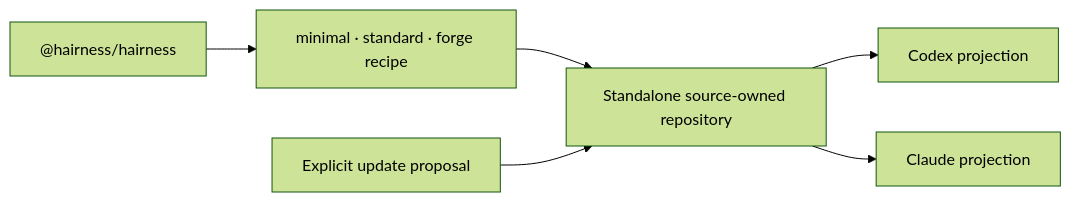
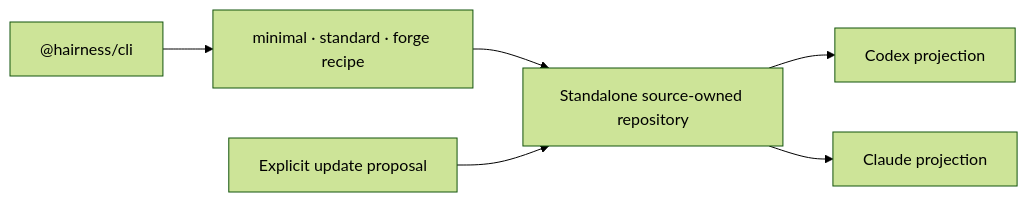
One commit to thevzion/hairness changed the second of 2 diagrams in docs/architecture.md. Above: the diagram before and after it, drawn with Mermaid (forest theme). The commit also changed 11 other files, not shown here.

First line of the commit message:
refactor: rename npm package to @hairness/cli

````diff
--- a/docs/architecture.md
+++ b/docs/architecture.md
@@ -48,8 +48,8 @@
 ```mermaid
 flowchart LR
-  package["@hairness/hairness"] --> recipe["minimal · standard · forge recipe"]
+  package["@hairness/cli"] --> recipe["minimal · standard · forge recipe"]
   recipe --> generated["Standalone source-owned repository"]
   generated --> codex["Codex projection"]
   generated --> claude["Claude projection"]
   update["Explicit update proposal"] --> generated
 ```
````
